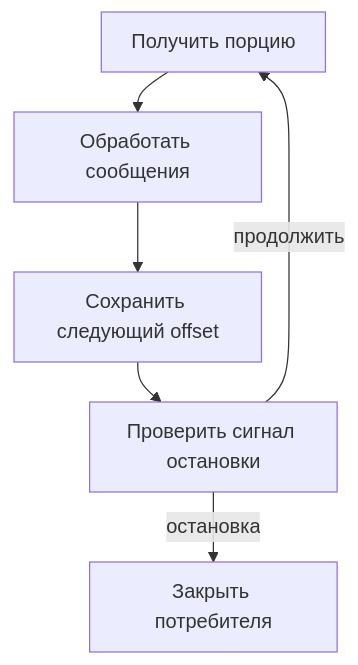
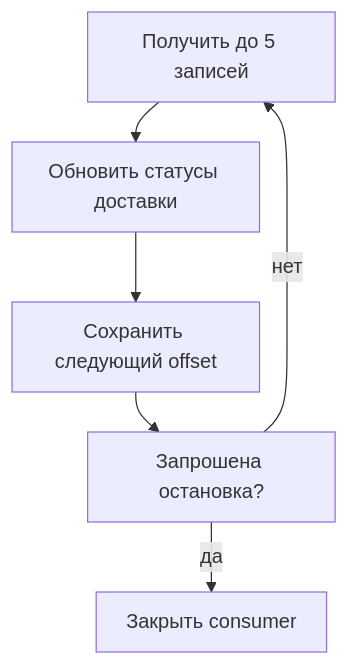
Before and after one commit to bedrock-python/bedrock-python.github.io: the diagram in translations/ru/blog/posts/2026-09-13-kafka-in-python-services.md, drawn with Mermaid. The commit also changed other lines of this file and 205 other files, not shown here.

Commit message:
Обновлены переводы статей: изменены заголовки и описания для улучшения ясности и соответствия контенту. В статье о Kafka уточнены детали о сервисе доставки, а в статье о Redis изменено описание на более подходящее для интернет-магазина.

````diff
--- a/translations/ru/blog/posts/2026-09-13-kafka-in-python-services.md
+++ b/translations/ru/blog/posts/2026-09-13-kafka-in-python-services.md
@@ -68,24 +157,24 @@
 ```mermaid
 ---
 config:
   theme: default
   look: classic
   flowchart:
     useMaxWidth: false
     wrappingWidth: 150
     padding: 12
     nodeSpacing: 24
     rankSpacing: 32
 ---
 flowchart TD
-    accTitle: Сначала обработка, затем commit
-    accDescr: Потребитель обрабатывает текущую порцию сообщений, затем фиксирует позицию. После сигнала остановки следующая порция уже не запрашивается.
-    A["Получить порцию"]
-    B["Обработать сообщения"]
+    accTitle: Перед остановкой завершаем принятую пачку
+    accDescr: После успешной обработки сохраняем следующий offset. При ошибке или таймауте незавершённая работа остаётся для повтора; затем consumer закрывается.
+    A["Получить до 5 записей"]
+    B["Обновить статусы доставки"]
     C["Сохранить следующий offset"]
-    D["Проверить сигнал остановки"]
-    E["Закрыть потребителя"]
+    D["Запрошена остановка?"]
+    E["Закрыть consumer"]
     A --> B --> C --> D
-    D -->|"продолжить"| A
-    D -->|"остановка"| E
+    D -->|"нет"| A
+    D -->|"да"| E
 ```
````
